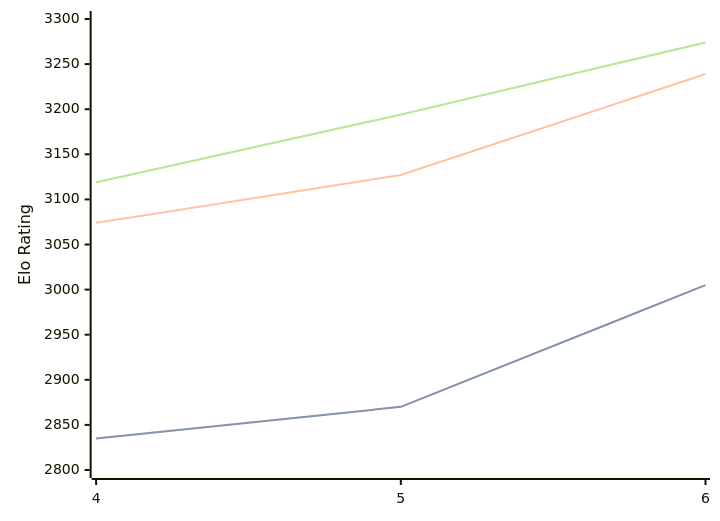
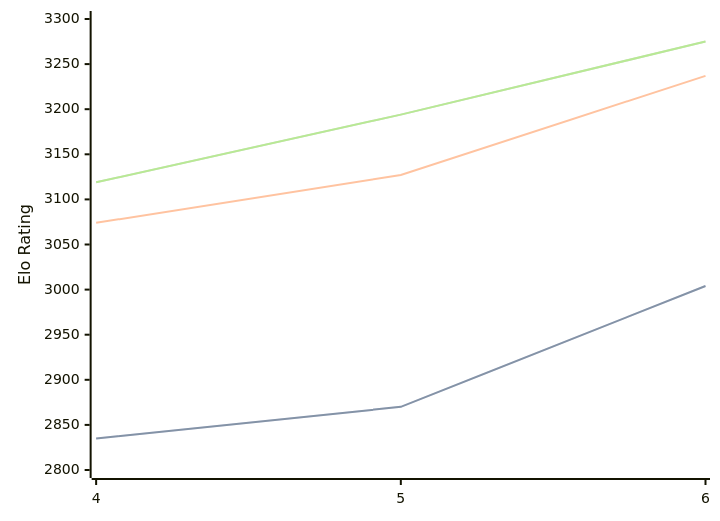
One commit to computer-chess-index/cci changed the diagram in engines/Cwtch.md. Above: the diagram before and after it, drawn with Mermaid. The commit also changed other lines of this file, not shown here.

Commit message:
Update CCI Ratings (ELO VLTC) - 2026-07-20

````diff
--- a/engines/Cwtch.md
+++ b/engines/Cwtch.md
@@ -36,11 +36,11 @@
 ```mermaid
 %%{init: {"theme":"base","themeVariables":{"seriesColors:['#a3a3a3','#222221','#faa371']}}}%%
 xychart-beta
   x-axis ["4", "5", "6"]
   y-axis "Elo Rating" 2800 --> 3300
-  line "STC (8.0+0.08s)" [2835, 2870, 3005]
-  line "STC (8.0+0.08s)" [2835, 2870, 3005]
-  line "LTC (60.0+0.60s)" [3074, 3127, 3239]
-  line "VLTC (2m24s+1.12s)" [3119, 3194, 3274]
-  line "VLTC (2m24s+1.12s)" [3119, 3194, 3274]
+  line "STC (8.0+0.08s)" [2835, 2870, 3004]
+  line "STC (8.0+0.08s)" [2835, 2870, 3004]
+  line "LTC (60.0+0.60s)" [3074, 3127, 3237]
+  line "VLTC (2m24s+1.12s)" [3119, 3194, 3275]
+  line "VLTC (2m24s+1.12s)" [3119, 3194, 3275]
 ```
````
